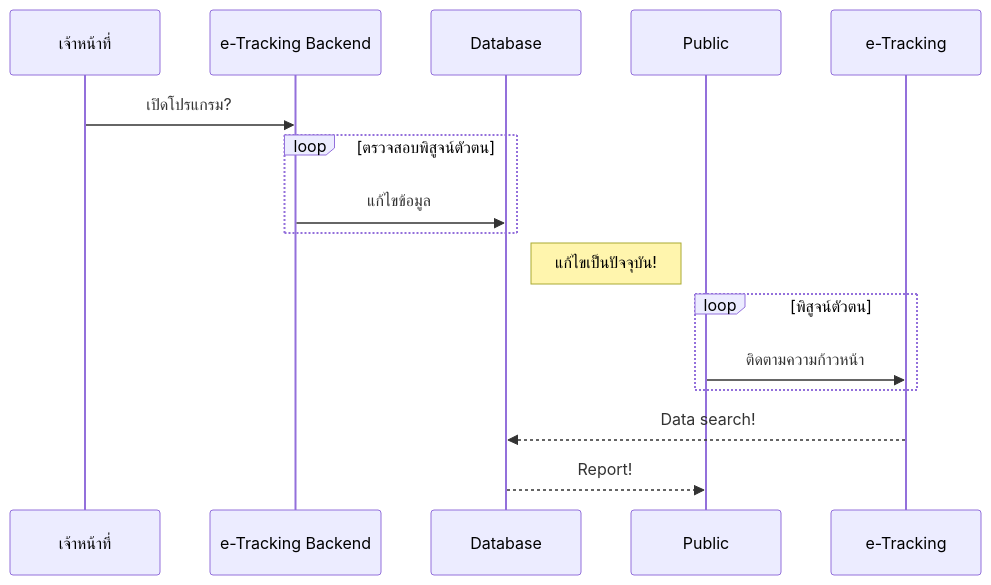
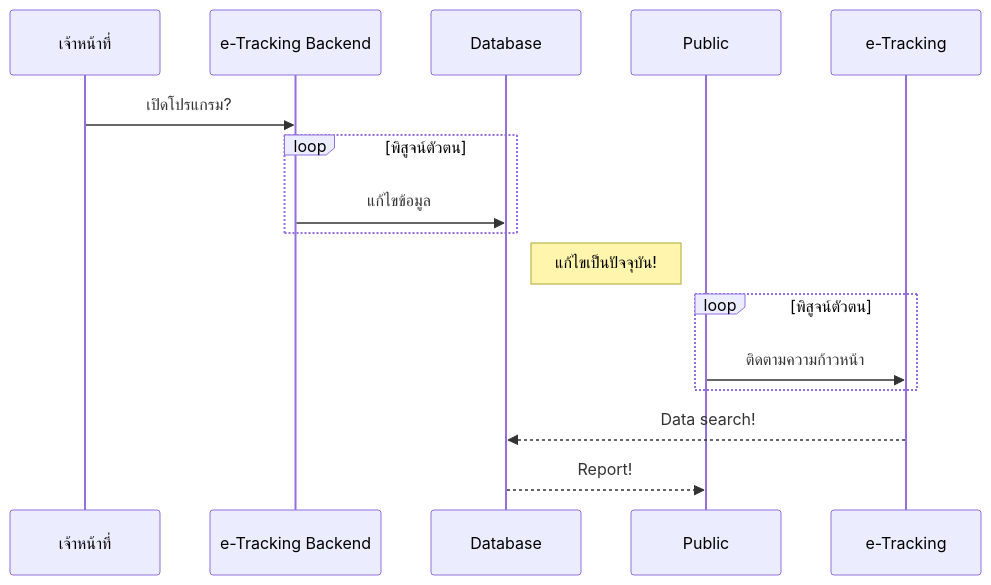
Before and after one commit to Kietpawpan/e-tracking: the second of 2 diagrams in README.md, drawn with Mermaid.

````diff
--- a/README.md
+++ b/README.md
@@ -28,13 +28,13 @@
 ```mermaid
 sequenceDiagram
 เจ้าหน้าที่->>e-Tracking Backend: เปิดโปรแกรม?
-loop ตรวจสอบพิสูจน์ตัวตน
+loop พิสูจน์ตัวตน
     e-Tracking Backend->>Database: แก้ไขข้อมูล
 end
 Note right of Database: แก้ไขเป็นปัจจุบัน!
 loop พิสูจน์ตัวตน
 Public->>e-Tracking: ติดตามความก้าวหน้า
 end
 e-Tracking-->>Database: Data search!
 Database-->>Public: Report!
 ```
````
